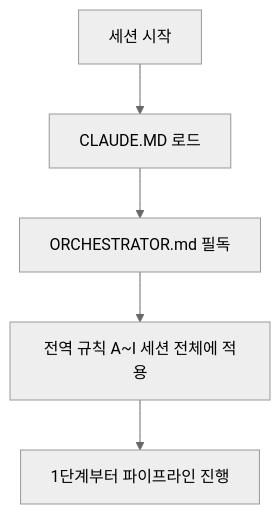
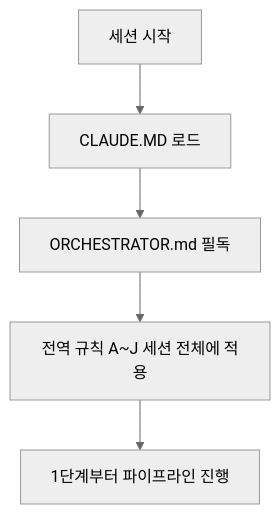
Before and after one commit to jcs19752510-ui/HANESS_AUTO: the diagram in CLAUDE.MD, drawn with Mermaid (neutral theme). The commit also changed other lines of this file and 8 other files, not shown here.

````diff
--- a/CLAUDE.MD
+++ b/CLAUDE.MD
@@ -11,7 +11,7 @@
 ```mermaid
 flowchart TD
     A["세션 시작"] --> B["CLAUDE.MD 로드"]
     B --> C["ORCHESTRATOR.md 필독"]
-    C --> D["전역 규칙 A~I 세션 전체에 적용"]
+    C --> D["전역 규칙 A~J 세션 전체에 적용"]
     D --> E["1단계부터 파이프라인 진행"]
 ```
````
